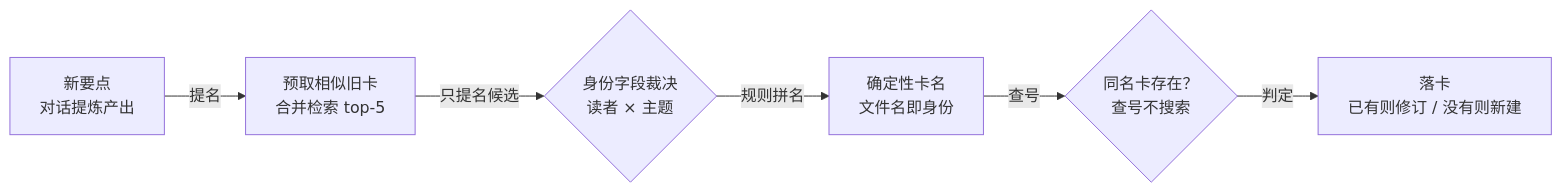
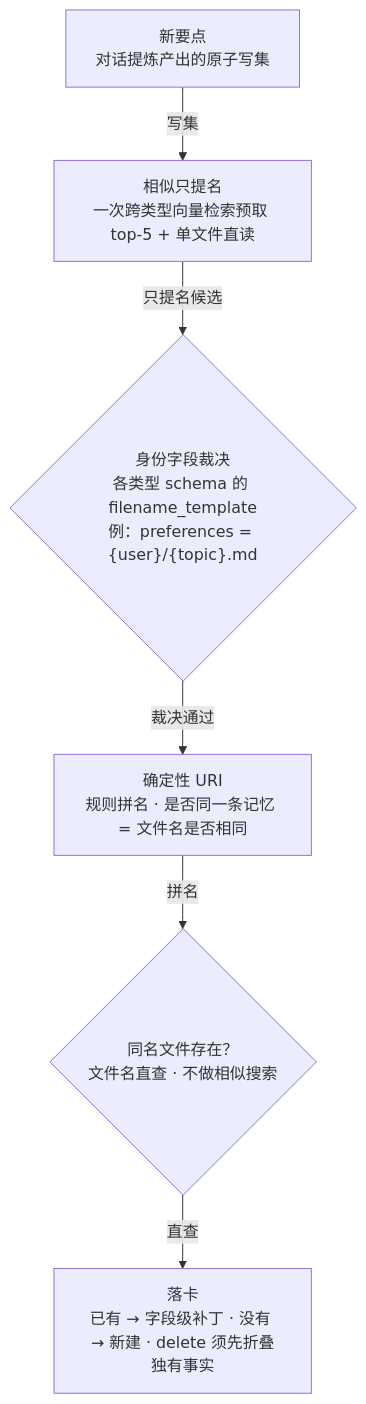
One commit to ThreeFish-AI/negentropy changed the diagram in docs/assets/mermaid/cognitive-context/openviking--memory-identity.mmd. Above: the diagram before and after it, drawn with Mermaid. The commit also changed 84 other files, not shown here.

First line of the commit message:
docs(cognitive-context): 014 §2「一树三相三面」图例与机制解说补全 + 12 图挂载与盲审修复;

```diff
--- a/docs/assets/mermaid/cognitive-context/openviking--memory-identity.mmd
+++ b/docs/assets/mermaid/cognitive-context/openviking--memory-identity.mmd
@@ -1,10 +1,11 @@
-%% source: docs/research/cognitive-context/014-openviking.md §6.3（视频 P4）
+%% source: docs/research/cognitive-context/014-openviking.md §6.3（视频 P4 → 修订重绘）
 %% slug: openviking--memory-identity
 %% type: workflow
 %% derived: docs/assets/architecture/cognitive-context/openviking--memory-identity.html
-flowchart LR
-  NEWS["新要点<br/>对话提炼产出"] -->|"提名"| PRE["预取相似旧卡<br/>合并检索 top-5"]
-  PRE -->|"只提名候选"| IDEN{"身份字段裁决<br/>读者 × 主题"}
-  IDEN -->|"规则拼名"| NAME["确定性卡名<br/>文件名即身份"]
-  NAME -->|"查号"| EXISTS{"同名卡存在？<br/>查号不搜索"}
-  EXISTS -->|"判定"| UPSERT["落卡<br/>已有则修订 / 没有则新建"]
+%% fix: 2026-10-22 「查号」→「文件名直查 · 不做相似搜索」、裁决示例补 filename_template（preferences = {user}/{topic}.md）
+flowchart TD
+  NEWS["新要点<br/>对话提炼产出的原子写集"] -->|"写集"| NOM["相似只提名<br/>一次跨类型向量检索预取 top-5 + 单文件直读"]
+  NOM -->|"只提名候选"| IDEN{"身份字段裁决<br/>各类型 schema 的 filename_template<br/>例：preferences = {user}/{topic}.md"}
+  IDEN -->|"裁决通过"| NAME["确定性 URI<br/>规则拼名 · 是否同一条记忆 = 文件名是否相同"]
+  NAME -->|"拼名"| EXISTS{"同名文件存在？<br/>文件名直查 · 不做相似搜索"}
+  EXISTS -->|"直查"| UPSERT["落卡<br/>已有 → 字段级补丁 · 没有 → 新建 · delete 须先折叠独有事实"]
```
